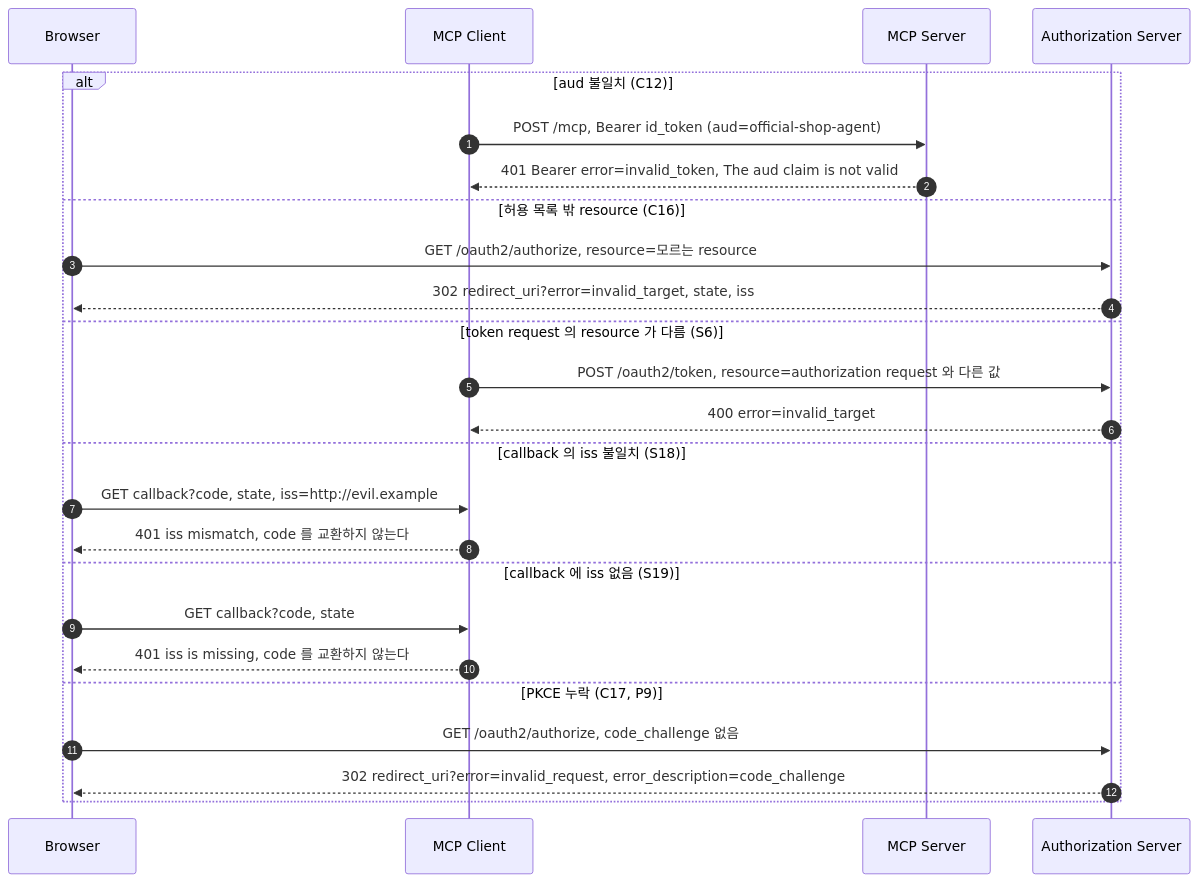
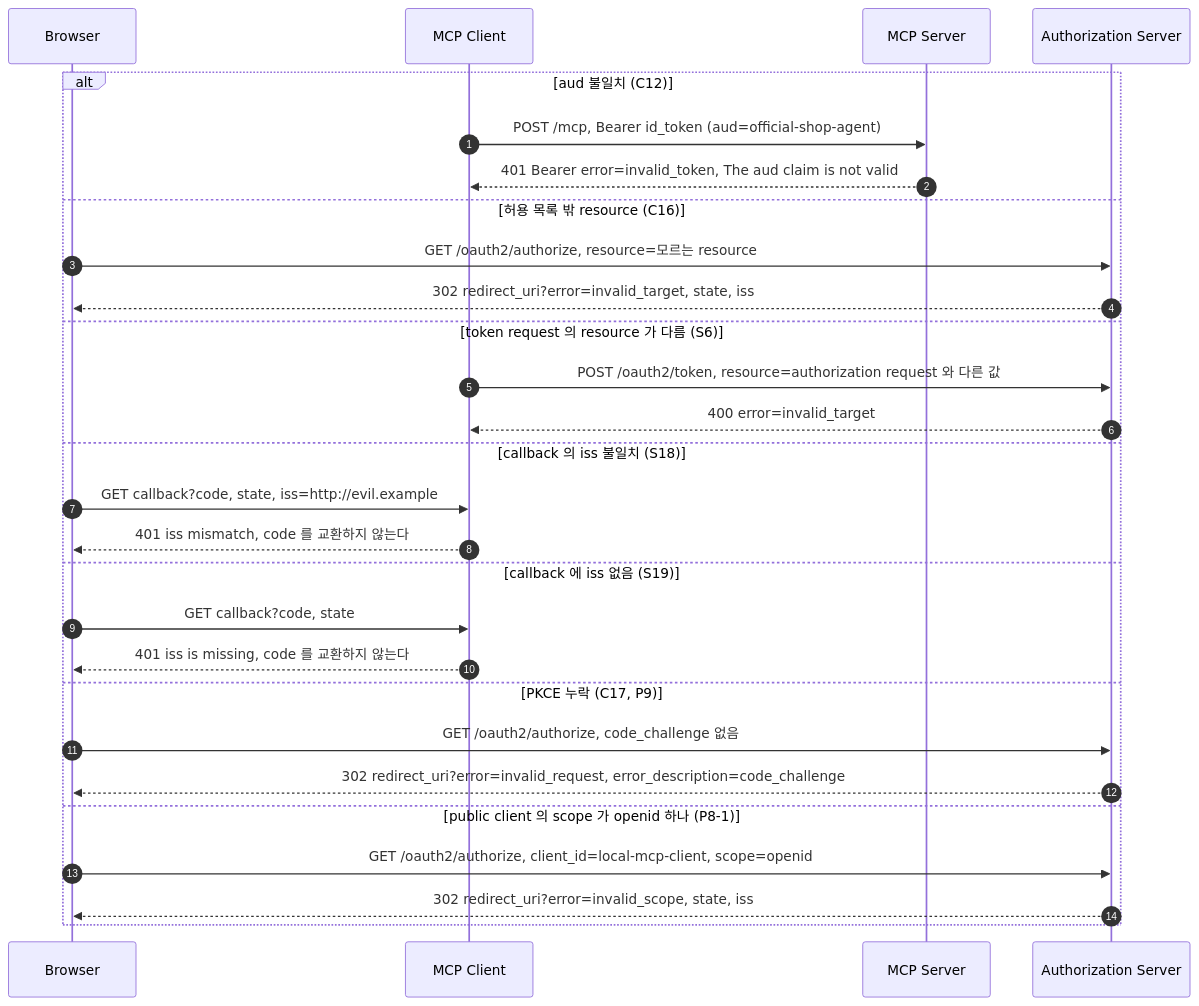
One commit to starryeye/spring-ai changed diagram 13 of 13 in practice/MCP-SEQUENCES.md. Above: the diagram before and after it, drawn with Mermaid. The commit also changed other lines of this file and 1 other file, not shown here.

Commit message:
docs: MCP API·시퀀스 — 이동 링크, scope·resource·Origin·session 오류 경로

````diff
--- a/practice/MCP-SEQUENCES.md
+++ b/practice/MCP-SEQUENCES.md
@@ -538,27 +582,30 @@
 ```mermaid
 sequenceDiagram
     autonumber
     participant B as Browser
     participant C as MCP Client
     participant M as MCP Server
     participant A as Authorization Server
     alt aud 불일치 (C12)
         C->>M: POST /mcp, Bearer id_token (aud=official-shop-agent)
         M-->>C: 401 Bearer error=invalid_token, The aud claim is not valid
     else 허용 목록 밖 resource (C16)
         B->>A: GET /oauth2/authorize, resource=모르는 resource
         A-->>B: 302 redirect_uri?error=invalid_target, state, iss
     else token request 의 resource 가 다름 (S6)
         C->>A: POST /oauth2/token, resource=authorization request 와 다른 값
         A-->>C: 400 error=invalid_target
     else callback 의 iss 불일치 (S18)
         B->>C: GET callback?code, state, iss=http://evil.example
         C-->>B: 401 iss mismatch, code 를 교환하지 않는다
     else callback 에 iss 없음 (S19)
         B->>C: GET callback?code, state
         C-->>B: 401 iss is missing, code 를 교환하지 않는다
     else PKCE 누락 (C17, P9)
         B->>A: GET /oauth2/authorize, code_challenge 없음
         A-->>B: 302 redirect_uri?error=invalid_request, error_description=code_challenge
+    else public client 의 scope 가 openid 하나 (P8-1)
+        B->>A: GET /oauth2/authorize, client_id=local-mcp-client, scope=openid
+        A-->>B: 302 redirect_uri?error=invalid_scope, state, iss
     end
 ```
````
